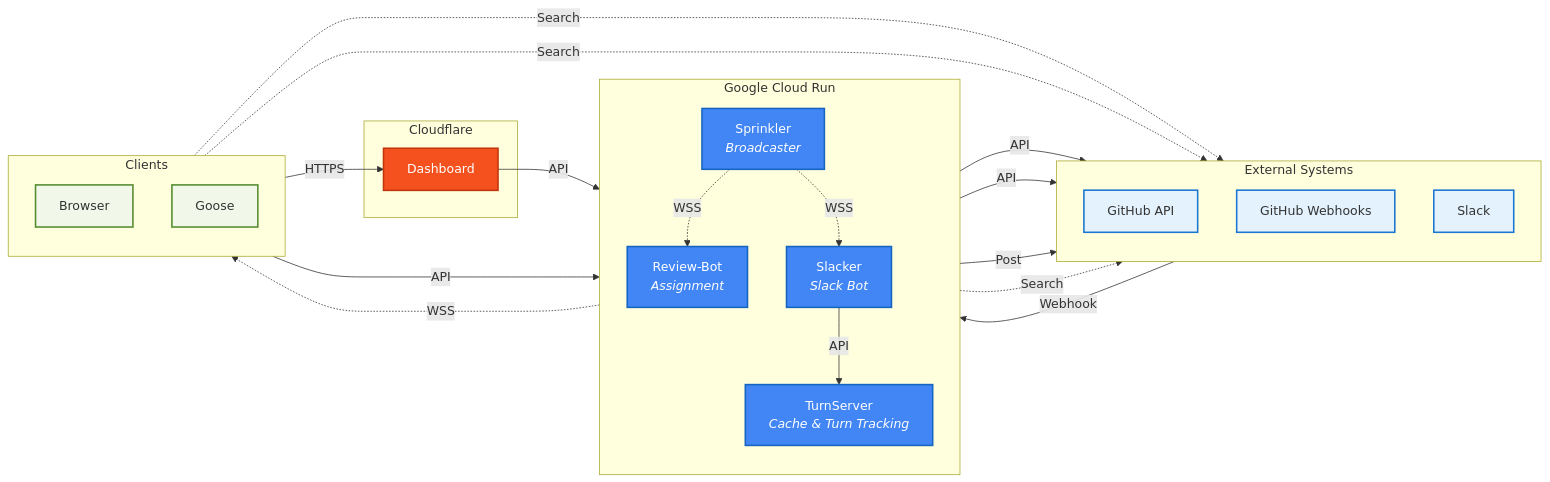
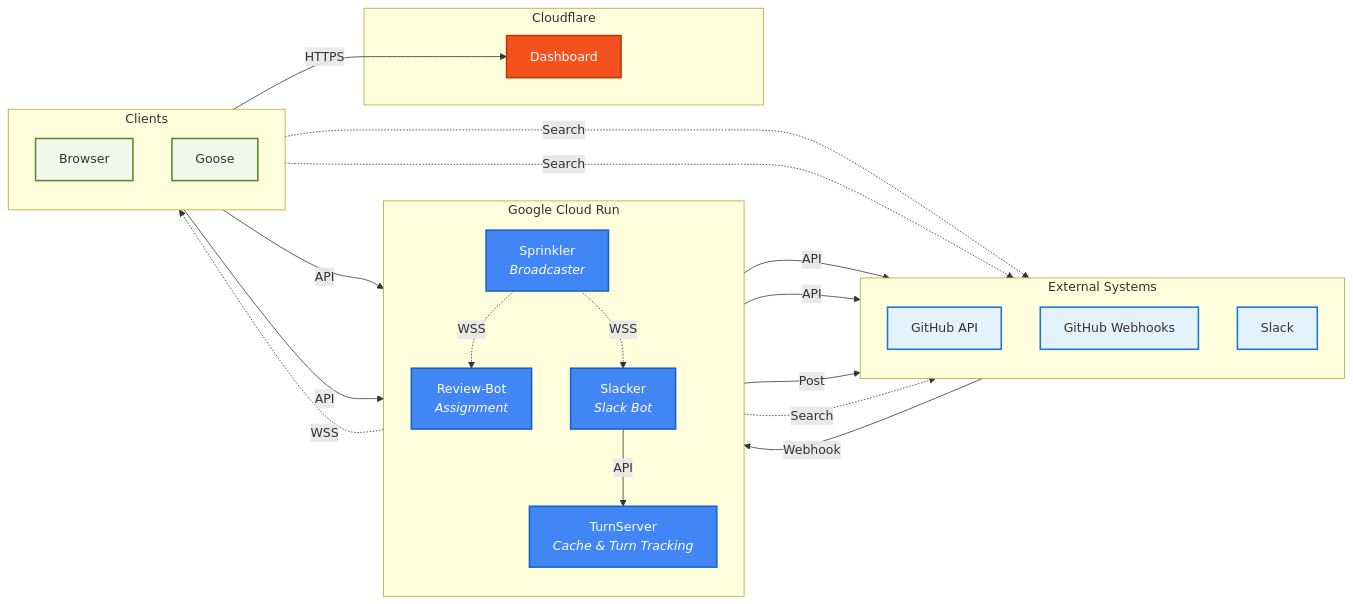
The first of 3 diagrams in README.md (codeGROOVE-dev/architecture), drawn with Mermaid before and after one commit. The commit also changed other lines of this file, not shown here.

Commit message:
fix dashboard -> turnserver inaccuracy

````diff
--- a/README.md
+++ b/README.md
@@ -13,57 +13,57 @@
 ```mermaid
 flowchart LR
     subgraph External["External Systems"]
         direction TB
         GH["GitHub API"]
         WHooks["GitHub Webhooks"]
         Slack["Slack"]
     end
 
     subgraph GCR["Google Cloud Run"]
         direction TB
         Sprinkler["Sprinkler<br/><i>Broadcaster</i>"]
         ReviewBot["Review-Bot<br/><i>Assignment</i>"]
         Slacker["Slacker<br/><i>Slack Bot</i>"]
         TurnServer["TurnServer<br/><i>Cache & Turn Tracking</i>"]
     end
 
     subgraph CF["Cloudflare"]
         Dashboard["Dashboard"]
     end
 
     subgraph Clients["Clients"]
         direction TB
         Browser["Browser"]
         Goose["Goose"]
     end
 
     WHooks -->|Webhook| Sprinkler
 
     Sprinkler -.->|WSS| ReviewBot
     Sprinkler -.->|WSS| Goose
     Sprinkler -.->|WSS| Slacker
 
     ReviewBot -->|API| GH
     TurnServer -->|API| GH
 
     Goose -->|API| TurnServer
     Slacker -->|API| TurnServer
-    Dashboard -->|API| TurnServer
+    Browser -->|API| TurnServer
 
     Browser -->|HTTPS| Dashboard
     Slacker -->|Post| Slack
 
     Browser -.->|Search| GH
     Goose -.->|Search| GH
     Slacker -.->|Search| GH
 
     classDef external fill:#e3f2fd,stroke:#1976d2,stroke-width:2px
     classDef cloudrun fill:#4285f4,stroke:#1565c0,stroke-width:2px,color:#fff
     classDef cloudflare fill:#f4511e,stroke:#bf360c,stroke-width:2px,color:#fff
     classDef client fill:#f1f8e9,stroke:#558b2f,stroke-width:2px
 
     class GH,WHooks,Slack external
     class Sprinkler,ReviewBot,Slacker,TurnServer cloudrun
     class Dashboard cloudflare
     class Browser,Goose client
 ```
````
